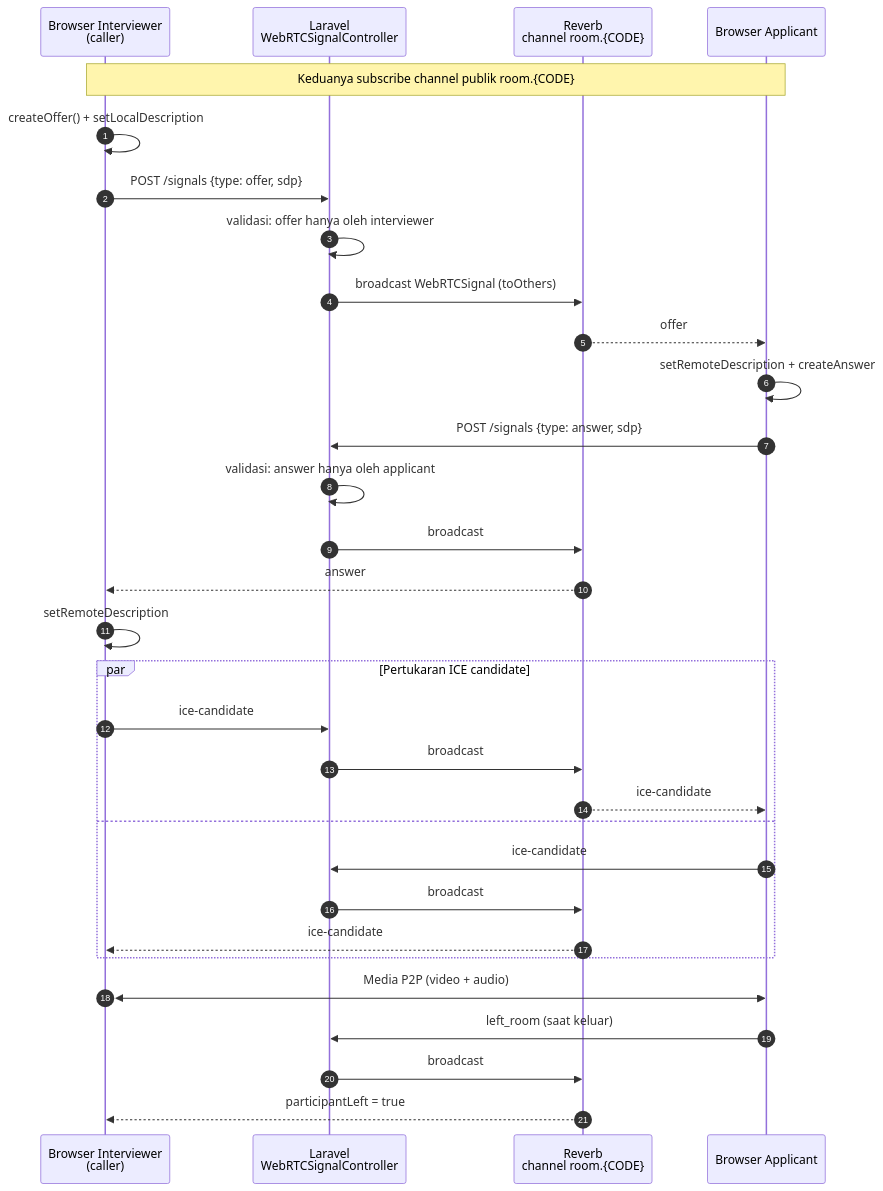
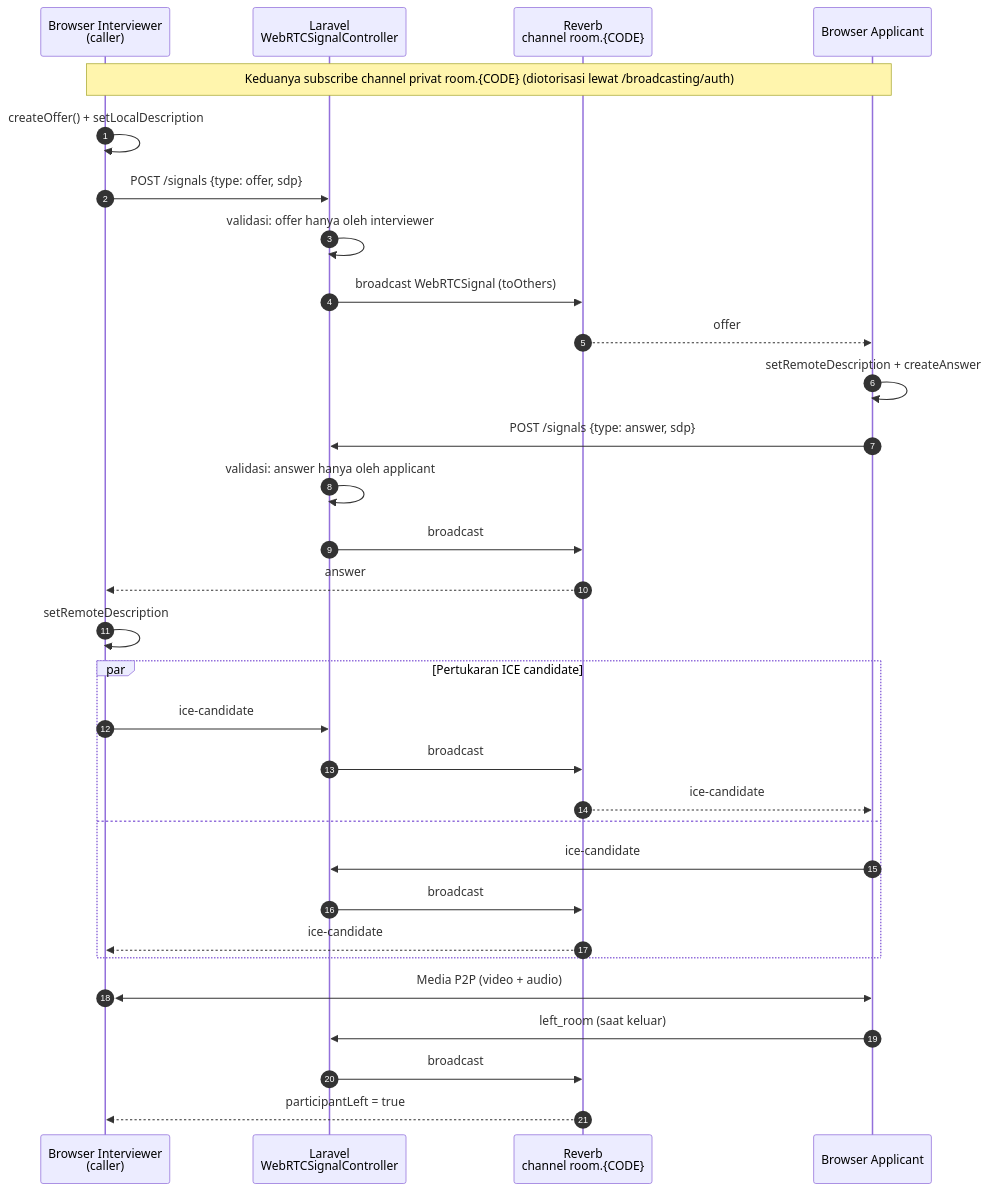
Before and after one commit to MRadhityaUtomo/ai-interviewer-test: the fifth of 10 diagrams in docs/FLOWS.md, drawn with Mermaid. The commit also changed other lines of this file and 37 other files, not shown here.

````diff
--- a/docs/FLOWS.md
+++ b/docs/FLOWS.md
@@ -138,37 +140,37 @@
 ```mermaid
 sequenceDiagram
     autonumber
     participant I as Browser Interviewer<br/>(caller)
     participant L as Laravel<br/>WebRTCSignalController
     participant R as Reverb<br/>channel room.{CODE}
     participant A as Browser Applicant
 
-    Note over I,A: Keduanya subscribe channel publik room.{CODE}
+    Note over I,A: Keduanya subscribe channel privat room.{CODE} (diotorisasi lewat /broadcasting/auth)
     I->>I: createOffer() + setLocalDescription
     I->>L: POST /signals {type: offer, sdp}
     L->>L: validasi: offer hanya oleh interviewer
     L->>R: broadcast WebRTCSignal (toOthers)
     R-->>A: offer
     A->>A: setRemoteDescription + createAnswer
     A->>L: POST /signals {type: answer, sdp}
     L->>L: validasi: answer hanya oleh applicant
     L->>R: broadcast
     R-->>I: answer
     I->>I: setRemoteDescription
 
     par Pertukaran ICE candidate
         I->>L: ice-candidate
         L->>R: broadcast
         R-->>A: ice-candidate
     and
         A->>L: ice-candidate
         L->>R: broadcast
         R-->>I: ice-candidate
     end
 
     I<<->>A: Media P2P (video + audio)
 
     A->>L: left_room (saat keluar)
     L->>R: broadcast
     R-->>I: participantLeft = true
 ```
````
